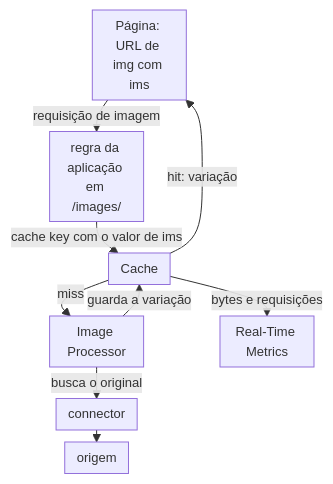
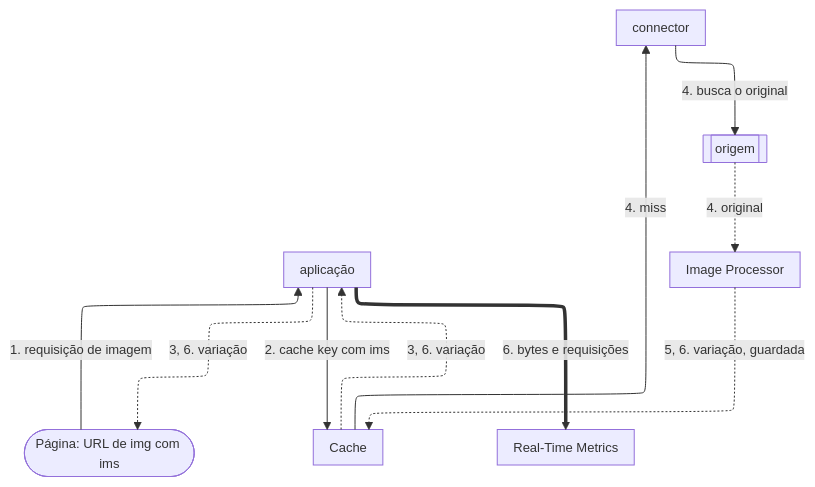
One commit to aziontech/docs changed the diagram in apps/docs/src/content/docs/pt-br/pages/casos-de-uso/melhorar-performance-e-confiabilidade/otimizar-imagens-para-sites-e-aplicacoes-moveis.mdx. Above: the diagram before and after it, drawn with Mermaid. The commit also changed other lines of this file and 55 other files, not shown here.

Commit message:
docs(use-cases): redraw the use-case diagrams with the way back and check their claims (#2509)

````diff
--- a/apps/docs/src/content/docs/pt-br/pages/casos-de-uso/melhorar-performance-e-confiabilidade/otimizar-imagens-para-sites-e-aplicacoes-moveis.mdx
+++ b/apps/docs/src/content/docs/pt-br/pages/casos-de-uso/melhorar-performance-e-confiabilidade/otimizar-imagens-para-sites-e-aplicacoes-moveis.mdx
@@ -41,12 +43,20 @@
 ```mermaid
-%%{init: {"layout": "dagre", "themeVariables": {"fontSize": "13px"}, "flowchart": {"nodeSpacing": 12, "rankSpacing": 12, "padding": 6, "wrappingWidth": 70, "minNodeWidth": 40, "useMaxWidth": true}}}%%
+%%{init: {"layout": "elk", "themeVariables": {"fontSize": "13px"}, "flowchart": {"nodeSpacing": 24, "rankSpacing": 36, "padding": 8, "wrappingWidth": 150, "useMaxWidth": true}, "sequence": {"width": 120, "actorMargin": 30, "useMaxWidth": true}}}%%
 flowchart TD
-  Page["Página: URL de img com ims"] -->|"requisição de imagem"| Rule["regra da aplicação em /images/"]
-  Rule -->|"cache key com o valor de ims"| Cache["Cache"]
-  Cache -->|"hit: variação"| Page
-  Cache -->|"miss"| IP["Image Processor"]
-  IP -->|"busca o original"| Conn["connector"]
-  Conn --> Origin["origem"]
-  IP -->|"guarda a variação"| Cache
-  Cache -->|"bytes e requisições"| RTM["Real-Time Metrics"]
+  Page(["Página: URL de img com ims"])
+  App["aplicação"]
+  Cache["Cache"]
+  Conn["connector"]
+  Origin[["origem"]]
+  IP["Image Processor"]
+  RTM["Real-Time Metrics"]
+  Page -->|"1. requisição de imagem"| App
+  App -->|"2. cache key com ims"| Cache
+  Cache -->|"4. miss"| Conn
+  Conn -->|"4. busca o original"| Origin
+  Origin -.->|"4. original"| IP
+  IP -.->|"5, 6. variação, guardada"| Cache
+  Cache -.->|"3, 6. variação"| App
+  App -.->|"3, 6. variação"| Page
+  App ==>|"6. bytes e requisições"| RTM
 ```
````
